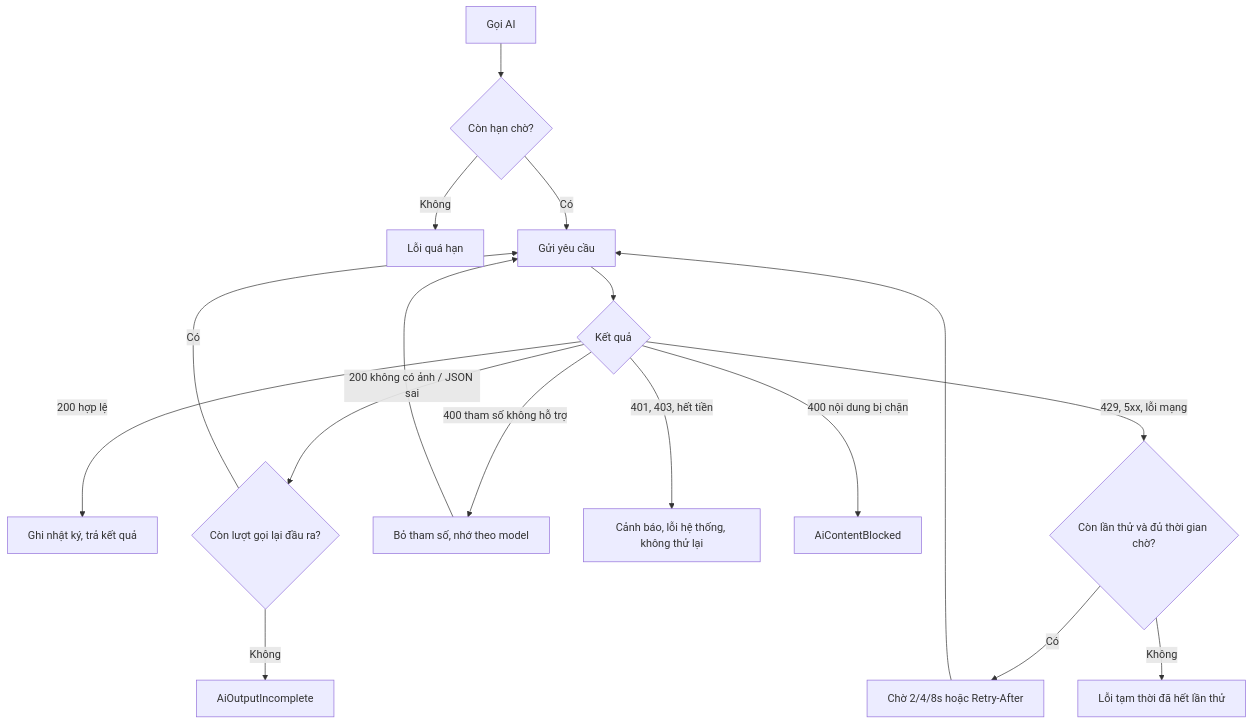
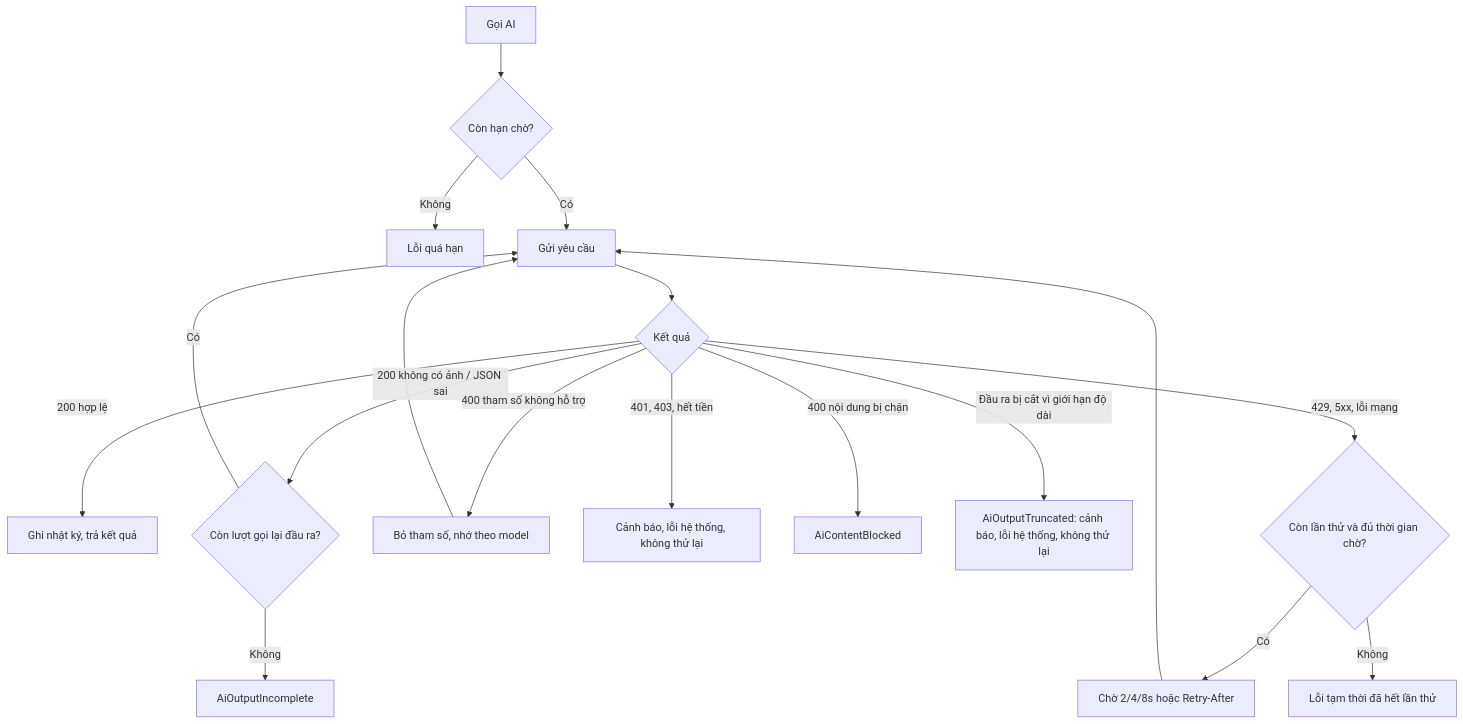
One commit to TaskCoper/bmt-documentation changed the third of 5 diagrams in tdd/TDD-PROJ-008.md. Above: the diagram before and after it, drawn with Mermaid. The commit also changed other lines of this file and 15 other files, not shown here.

First line of the commit message:
docs(proj): bỏ dấu Tây Nguyên và xếp AI trả bị cắt vào lỗi hệ thống

````diff
--- a/tdd/TDD-PROJ-008.md
+++ b/tdd/TDD-PROJ-008.md
@@ -202,17 +203,18 @@
 ```mermaid
 flowchart TD
     A[Gọi AI] --> B{Còn hạn chờ?}
     B -->|Không| X1[Lỗi quá hạn]
     B -->|Có| C[Gửi yêu cầu]
     C --> D{Kết quả}
     D -->|200 hợp lệ| OK[Ghi nhật ký, trả kết quả]
     D -->|200 không có ảnh / JSON sai| E{Còn lượt gọi lại đầu ra?}
     E -->|Có| C
     E -->|Không| X2[AiOutputIncomplete]
     D -->|400 tham số không hỗ trợ| F[Bỏ tham số, nhớ theo model] --> C
     D -->|401, 403, hết tiền| X3[Cảnh báo, lỗi hệ thống, không thử lại]
     D -->|400 nội dung bị chặn| X4[AiContentBlocked]
+    D -->|Đầu ra bị cắt vì giới hạn độ dài| X6[AiOutputTruncated: cảnh báo, lỗi hệ thống, không thử lại]
     D -->|429, 5xx, lỗi mạng| G{Còn lần thử và đủ thời gian chờ?}
     G -->|Có| H[Chờ 2/4/8s hoặc Retry-After] --> C
     G -->|Không| X5[Lỗi tạm thời đã hết lần thử]
 ```
````
